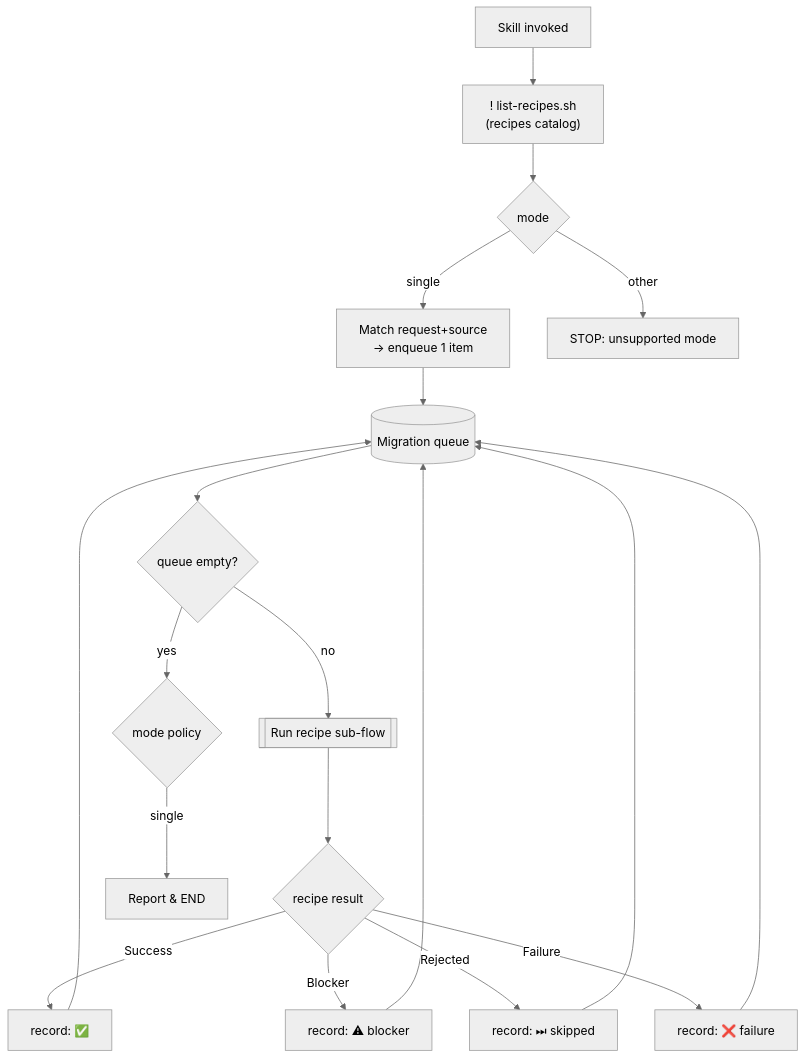
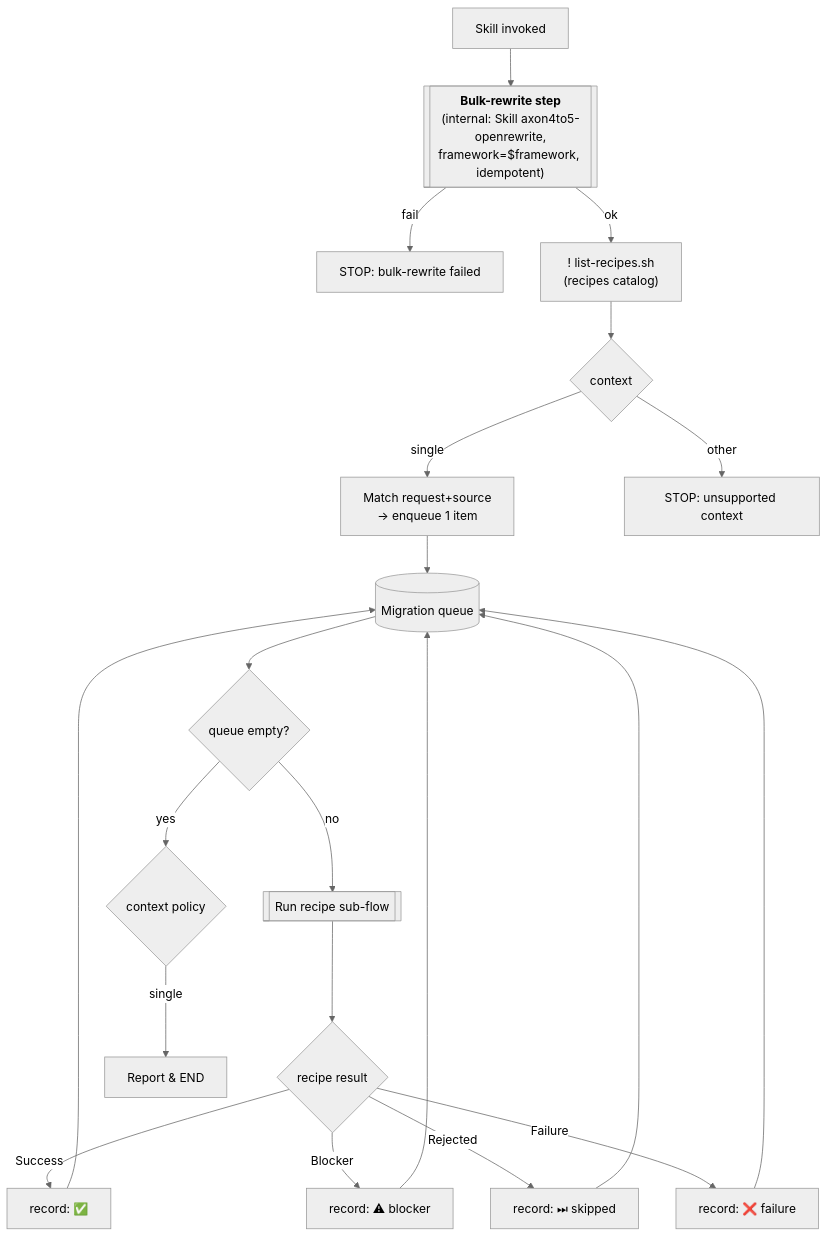
Before and after one commit to AxonIQ/agent-skills: the first of 2 diagrams in skills/axon4to5-migrate/SKILL.md, drawn with Mermaid (neutral theme). The commit also changed other lines of this file and 1 other file, not shown here.

First line of the commit message:
skills(axon4to5-migrate): expand `SKILL.md` with `context`-based migration and enhanced pre-step flow

````diff
--- a/skills/axon4to5-migrate/SKILL.md
+++ b/skills/axon4to5-migrate/SKILL.md
@@ -53,27 +69,29 @@
 ```mermaid
 flowchart TD
-    A[Skill invoked] --> B["! list-recipes.sh<br/>(recipes catalog)"]
-    B --> C{mode}
+    A[Skill invoked] --> ORW[["<b>Bulk-rewrite step</b><br/>(internal: Skill axon4to5-openrewrite,<br/>framework=$framework, idempotent)"]]
+    ORW -- fail --> XORW[STOP: bulk-rewrite failed]
+    ORW -- ok --> B["! list-recipes.sh<br/>(recipes catalog)"]
+    B --> C{context}
 
-    %% mode-specific producers — all feed the same queue
+    %% context-specific producers — all feed the same queue
     C -- single --> P1["Match request+source<br/>→ enqueue 1 item"]
-    C -- other --> X[STOP: unsupported mode]
+    C -- other --> X[STOP: unsupported context]
     P1 --> Q[(Migration queue)]
 
     %% shared processing loop
     Q --> L{queue empty?}
     L -- no --> W[[Run recipe sub-flow]]
     W --> R{recipe result}
     R -- Success --> REC["record: ✅"]
     R -- Blocker --> REC2["record: ⚠ blocker"]
     R -- Rejected --> REC3["record: ⏭ skipped"]
     R -- Failure --> REC4["record: ❌ failure"]
     REC --> Q
     REC2 --> Q
     REC3 --> Q
     REC4 --> Q
-    L -- yes --> M{mode policy}
+    L -- yes --> M{context policy}
 
-    %% empty-queue behavior per mode
+    %% empty-queue behavior per context
     M -- single --> E["Report &amp; END"]
 ```
````
